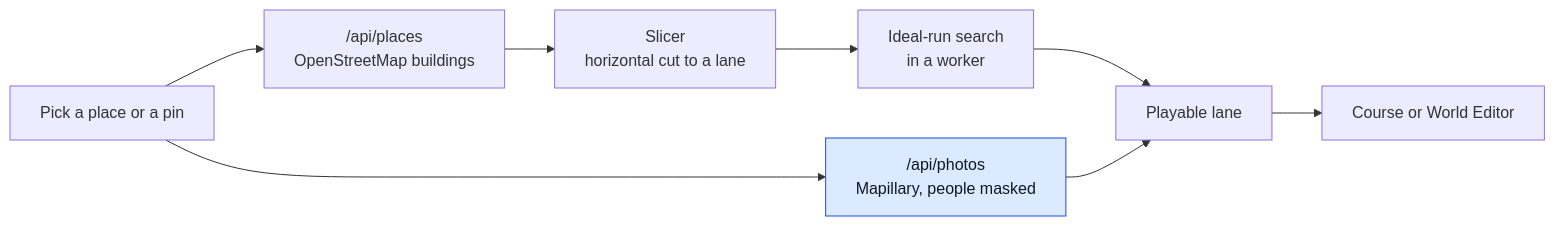
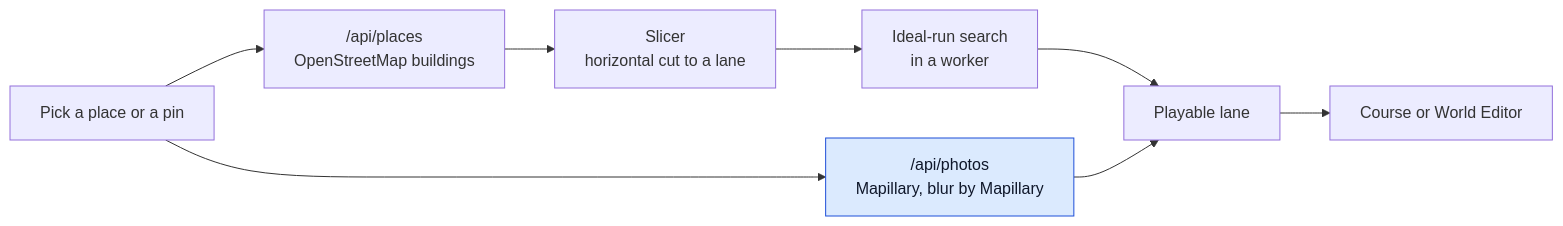
The fourth of 7 diagrams in README.md (gitgithan/conquercourse), drawn with Mermaid before and after one commit. The commit also changed other lines of this file and 43 other files, not shown here.

First line of the commit message:
Loosen the street-photo people filter and make Mapillary's blur the base standard (Part of CC-90)

````diff
--- a/README.md
+++ b/README.md
@@ -222,12 +222,12 @@
 ```mermaid
 flowchart LR
   A["Pick a place or a pin"] --> B["/api/places<br/>OpenStreetMap buildings"]
   B --> C["Slicer<br/>horizontal cut to a lane"]
   C --> D["Ideal-run search<br/>in a worker"]
   D --> E["Playable lane"]
-  A --> F["/api/photos<br/>Mapillary, people masked"]
+  A --> F["/api/photos<br/>Mapillary, blur by Mapillary"]
   F --> E
   E --> G["Course or World Editor"]
   classDef meta fill:#dbeafe,stroke:#1d4ed8,color:#0f172a;
   class F meta;
 ```
````
